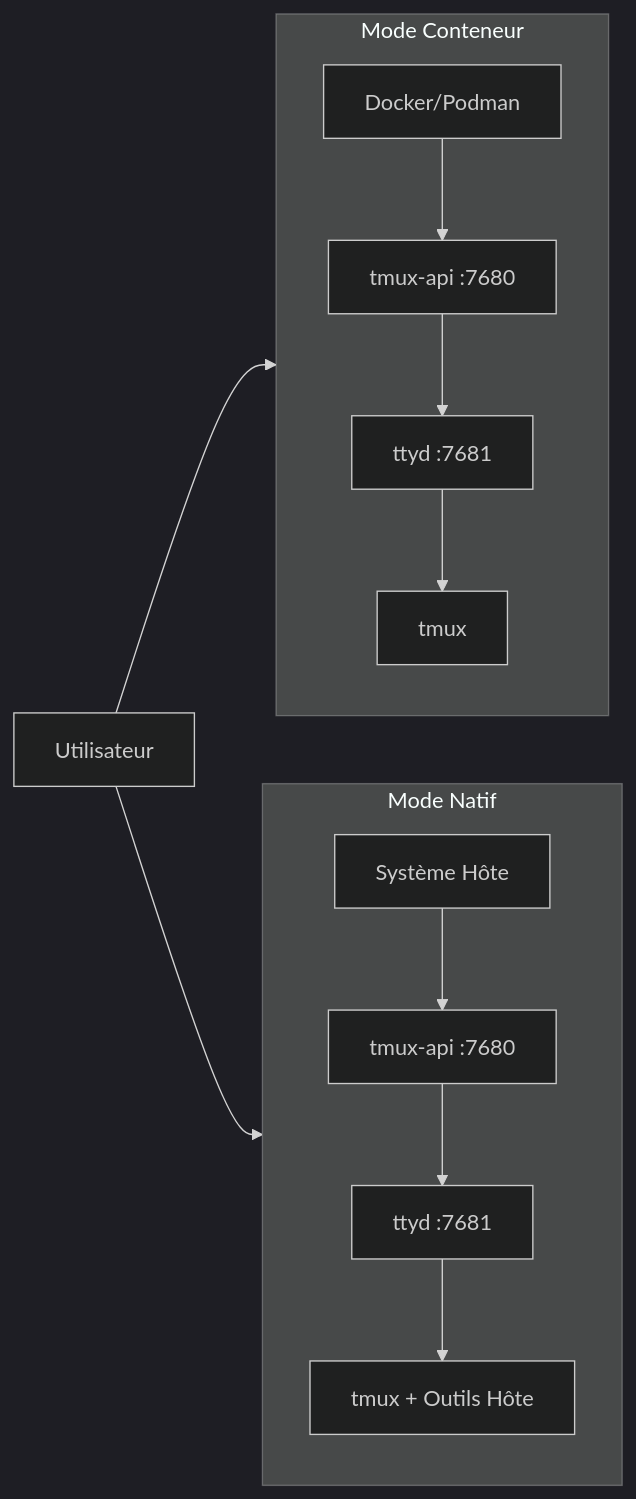
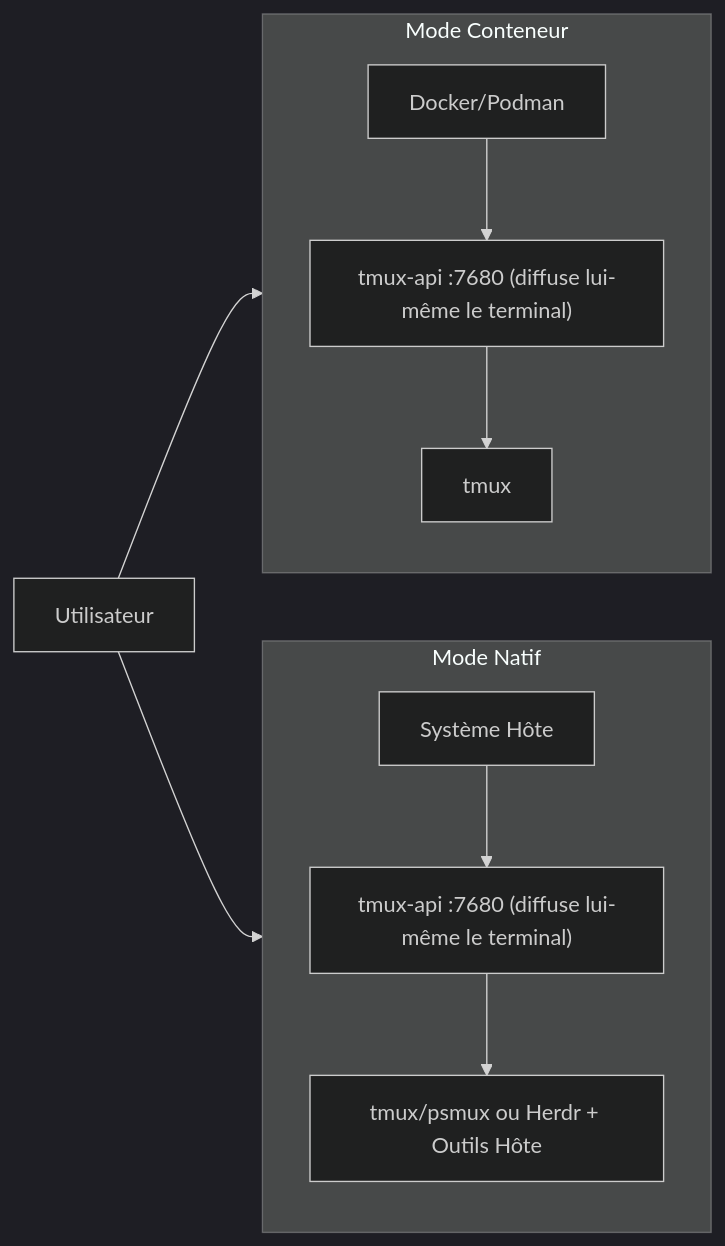
One commit to lamngockhuong/termote changed the second of 2 diagrams in README.fr.md. Above: the diagram before and after it, drawn with Mermaid (dark theme). The commit also changed other lines of this file and 16 other files, not shown here.

````diff
--- a/README.fr.md
+++ b/README.fr.md
@@ -219,14 +224,14 @@
 ```mermaid
 flowchart LR
     subgraph Container["Mode Conteneur"]
         direction TB
-        C1["Docker/Podman"] --> C2["tmux-api :7680"] --> C3["ttyd :7681"] --> C4["tmux"]
+        C1["Docker/Podman"] --> C2["tmux-api :7680 (diffuse lui-même le terminal)"] --> C3["tmux"]
     end
 
     subgraph Native["Mode Natif"]
         direction TB
-        N1["Système Hôte"] --> N2["tmux-api :7680"] --> N3["ttyd :7681"] --> N4["tmux + Outils Hôte"]
+        N1["Système Hôte"] --> N2["tmux-api :7680 (diffuse lui-même le terminal)"] --> N3["tmux/psmux ou Herdr + Outils Hôte"]
     end
 
     User["Utilisateur"] --> Container & Native
 ```
````
